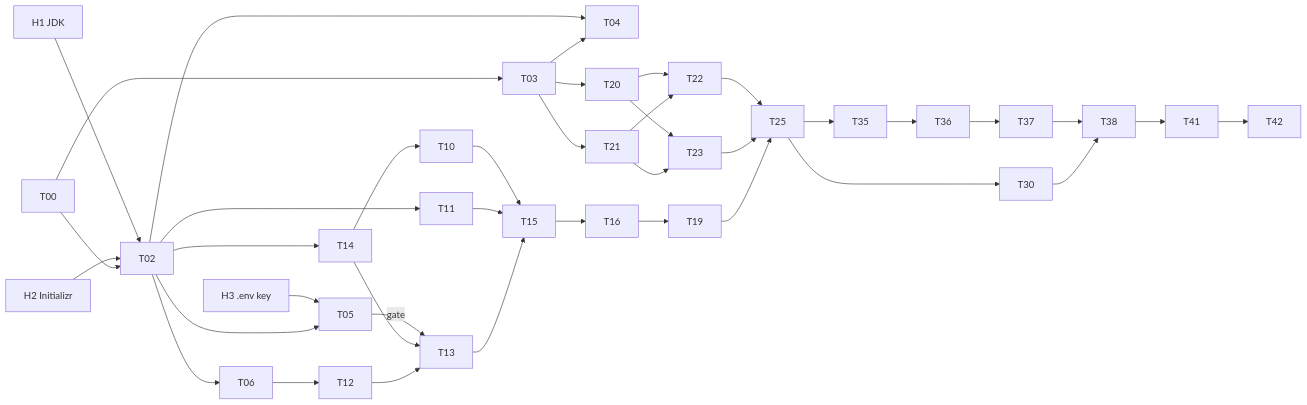
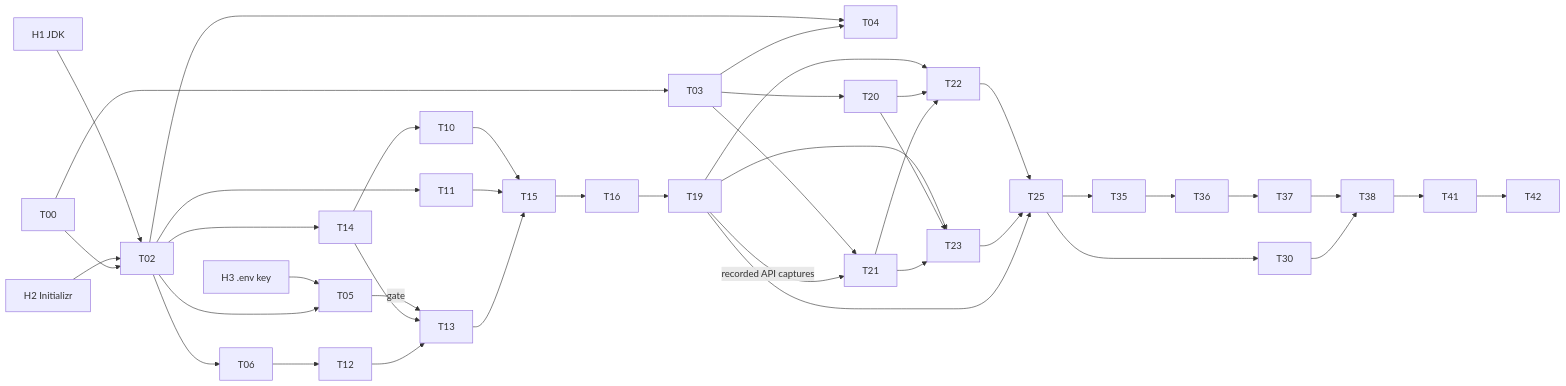
The diagram in docs/plans/hardware-copilot-implementation-plan.md (MajaBrog/jsystems-ai-programming-2026-11), drawn with Mermaid before and after one commit. The commit also changed other lines of this file and 4 other files, not shown here.

````diff
--- a/docs/plans/hardware-copilot-implementation-plan.md
+++ b/docs/plans/hardware-copilot-implementation-plan.md
@@ -159,21 +159,23 @@
 ```mermaid
 flowchart LR
     H1[H1 JDK] --> T02
     H2[H2 Initializr] --> T02
     H3[H3 .env key] --> T05
     T00 --> T02 & T03
     T02 --> T04 & T05 & T06 & T14
     T03 --> T04 & T20 & T21
     T05 -->|gate| T13
     T06 --> T12
     T14 --> T10 & T13
     T02 --> T11
     T10 & T11 & T13 --> T15
     T12 --> T13
     T15 --> T16 --> T19
+    T19 -->|recorded API captures| T21
+    T19 --> T22 & T23
     T20 & T21 --> T22 & T23
     T22 & T23 & T19 --> T25
     T25 --> T30 & T35
     T35 --> T36 --> T37 --> T38 --> T41 --> T42
     T30 --> T38
 ```
````
